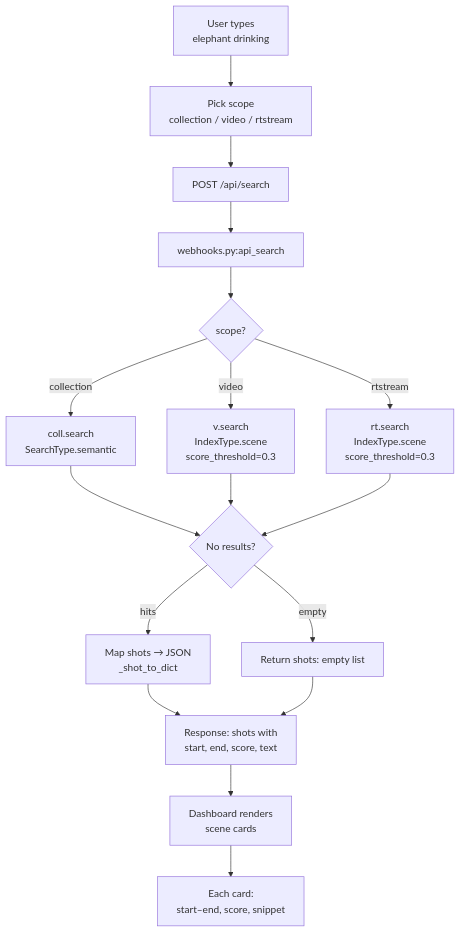
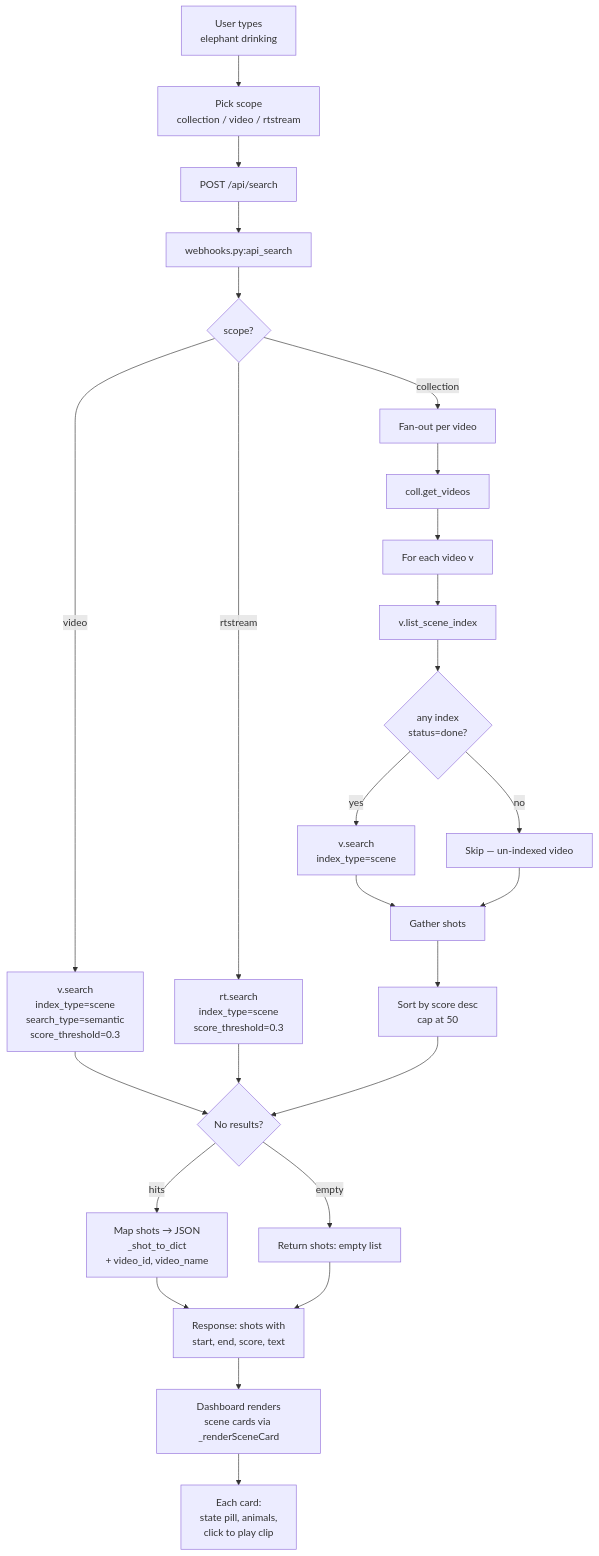
Before and after one commit to skalkii/wildwatch: the third of 9 diagrams in docs/FEATURE_FLOWS.md, drawn with Mermaid. The commit also changed other lines of this file and 6 other files, not shown here.

````diff
--- a/docs/FEATURE_FLOWS.md
+++ b/docs/FEATURE_FLOWS.md
@@ -117,19 +120,28 @@
 ```mermaid
 flowchart TD
     A[User types<br/>elephant drinking] --> B[Pick scope<br/>collection / video / rtstream]
     B --> C[POST /api/search]
     C --> D[webhooks.py:api_search]
     D --> E{scope?}
-    E -->|collection| F1[coll.search<br/>SearchType.semantic]
-    E -->|video| F2[v.search<br/>IndexType.scene<br/>score_threshold=0.3]
-    E -->|rtstream| F3[rt.search<br/>IndexType.scene<br/>score_threshold=0.3]
-    F1 --> G{No results?}
-    F2 --> G
+    E -->|video| F2[v.search<br/>index_type=scene<br/>search_type=semantic<br/>score_threshold=0.3]
+    E -->|rtstream| F3[rt.search<br/>index_type=scene<br/>score_threshold=0.3]
+    E -->|collection| FAN[Fan-out per video]
+    FAN --> FAN1[coll.get_videos]
+    FAN1 --> FAN2[For each video v]
+    FAN2 --> FAN3[v.list_scene_index]
+    FAN3 --> FAN4{any index<br/>status=done?}
+    FAN4 -->|no| FAN5[Skip — un-indexed video]
+    FAN4 -->|yes| FAN6[v.search<br/>index_type=scene]
+    FAN6 --> MERGE[Gather shots]
+    FAN5 --> MERGE
+    MERGE --> SORT[Sort by score desc<br/>cap at 50]
+    F2 --> G{No results?}
     F3 --> G
+    SORT --> G
     G -->|empty| H[Return shots: empty list]
-    G -->|hits| I[Map shots → JSON<br/>_shot_to_dict]
+    G -->|hits| I[Map shots → JSON<br/>_shot_to_dict<br/>+ video_id, video_name]
     I --> J[Response: shots with<br/>start, end, score, text]
     H --> J
-    J --> K[Dashboard renders<br/>scene cards]
-    K --> L[Each card:<br/>start–end, score, snippet]
+    J --> K[Dashboard renders<br/>scene cards via _renderSceneCard]
+    K --> L[Each card:<br/>state pill, animals,<br/>click to play clip]
 ```
````
